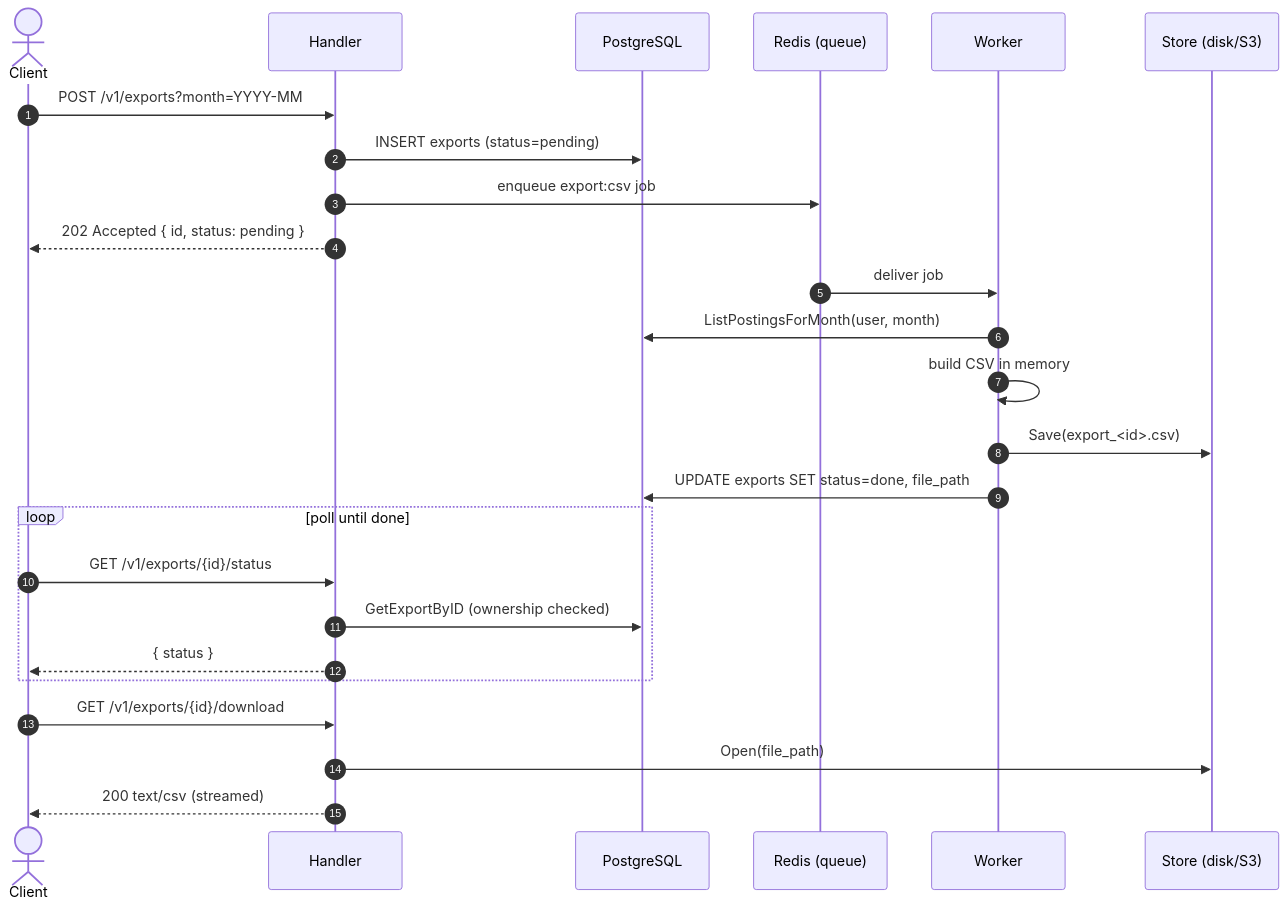
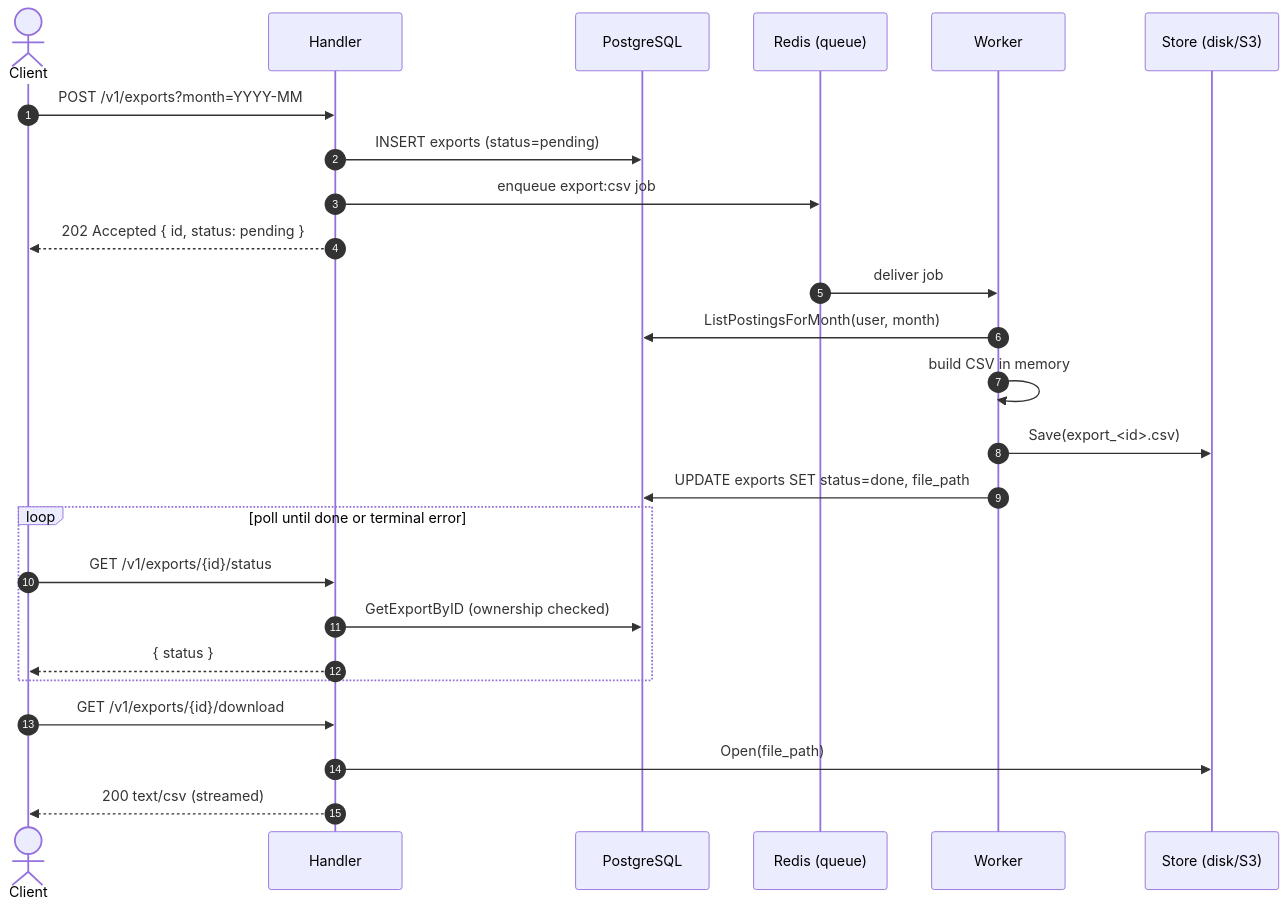
One commit to EftikharAzim/LedgerX changed the sixth of 9 diagrams in docs/SEQUENCES.md. Above: the diagram before and after it, drawn with Mermaid. The commit also changed other lines of this file and 94 other files, not shown here.

````diff
--- a/docs/SEQUENCES.md
+++ b/docs/SEQUENCES.md
@@ -154,31 +154,31 @@
 ```mermaid
 sequenceDiagram
     autonumber
     actor C as Client
     participant H as Handler
     participant PG as PostgreSQL
     participant R as Redis (queue)
     participant W as Worker
     participant S as Store (disk/S3)
 
     C->>H: POST /v1/exports?month=YYYY-MM
     H->>PG: INSERT exports (status=pending)
     H->>R: enqueue export:csv job
     H-->>C: 202 Accepted { id, status: pending }
 
     R->>W: deliver job
     W->>PG: ListPostingsForMonth(user, month)
     W->>W: build CSV in memory
     W->>S: Save(export_<id>.csv)
     W->>PG: UPDATE exports SET status=done, file_path
 
-    loop poll until done
+    loop poll until done or terminal error
         C->>H: GET /v1/exports/{id}/status
         H->>PG: GetExportByID (ownership checked)
         H-->>C: { status }
     end
 
     C->>H: GET /v1/exports/{id}/download
     H->>S: Open(file_path)
     H-->>C: 200 text/csv (streamed)
 ```
````
